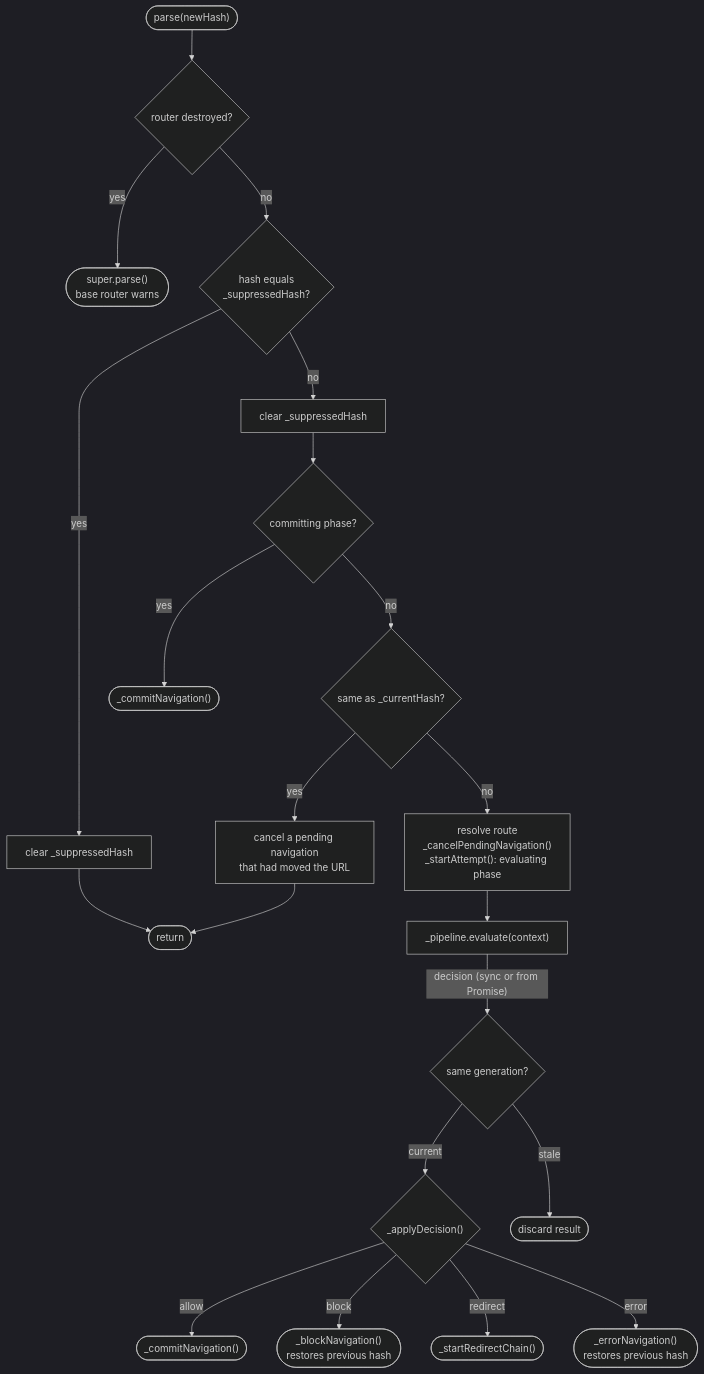
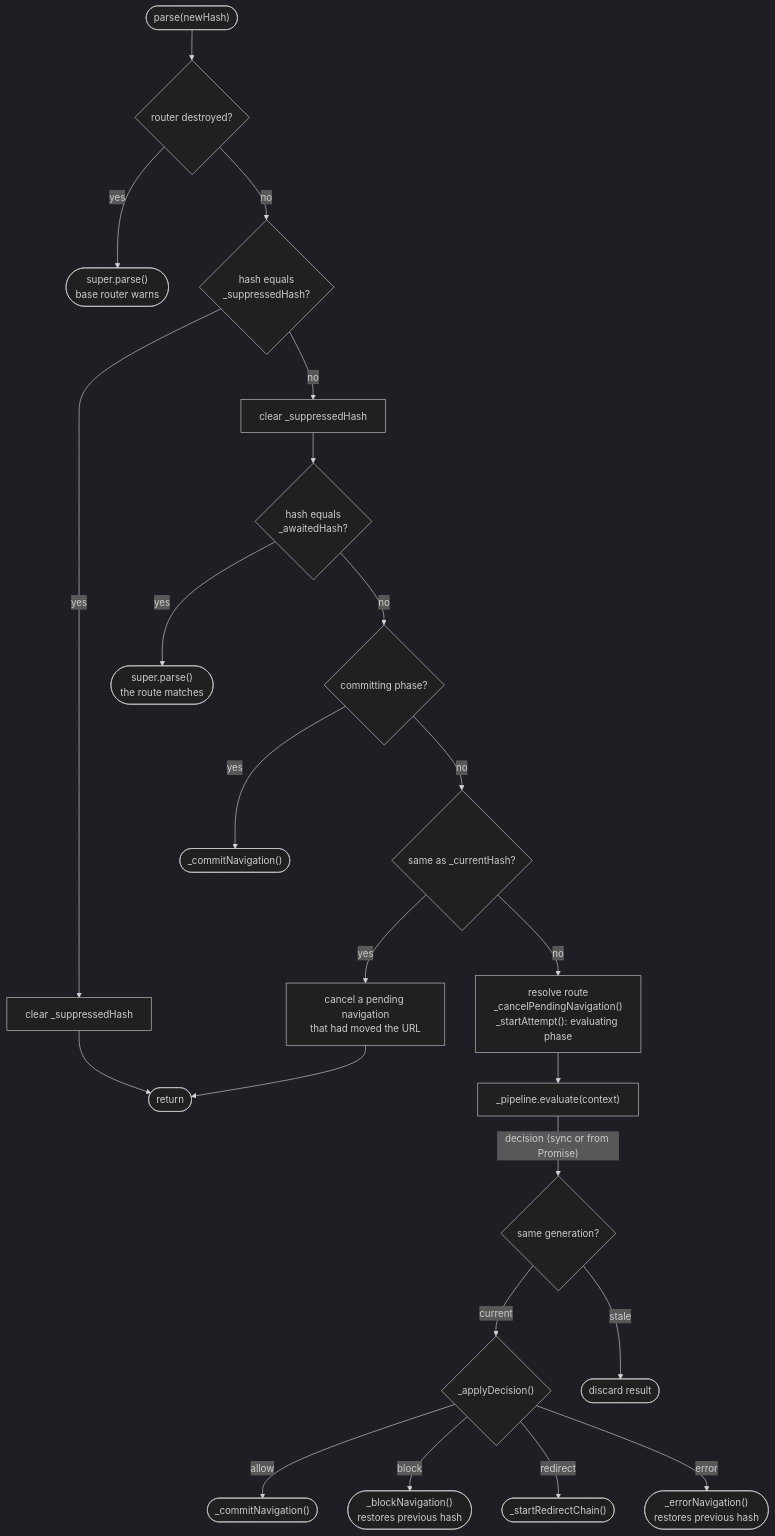
One commit to wridgeu/ui5-lib-guard-router changed the first of 4 diagrams in docs/reference/architecture.md. Above: the diagram before and after it, drawn with Mermaid (dark theme). The commit also changed other lines of this file and 23 other files, not shown here.

````diff
--- a/docs/reference/architecture.md
+++ b/docs/reference/architecture.md
@@ -186,22 +186,24 @@
 ```mermaid
 flowchart TD
     start(["parse(newHash)"]) --> destroyed{"router destroyed?"}
     destroyed -- "yes" --> warn(["super.parse()<br/>base router warns"])
     destroyed -- "no" --> suppress{"hash equals<br/>_suppressedHash?"}
     suppress -- "yes" --> sclear["clear _suppressedHash"] --> ret(["return"])
-    suppress -- "no" --> sclear2["clear _suppressedHash"] --> redir{committing phase?}
+    suppress -- "no" --> sclear2["clear _suppressedHash"] --> awaited{"hash equals<br/>_awaitedHash?"}
+    awaited -- "yes" --> match(["super.parse()<br/>the route matches"])
+    awaited -- "no" --> redir{committing phase?}
     redir -- "yes" --> bypass(["_commitNavigation()"])
     redir -- "no" --> samehash{same as _currentHash?}
     samehash -- "yes" --> canceldup["cancel a pending navigation<br/>that had moved the URL"] --> ret
     samehash -- "no" --> setup["resolve route<br/>_cancelPendingNavigation()<br/>_startAttempt(): evaluating phase"]
 
     setup --> evaluate["_pipeline.evaluate(context)"]
     evaluate -- "decision (sync or from Promise)" --> stale{"same generation?"}
     stale -- "current" --> apply{"_applyDecision()"}
     stale -- "stale" --> discard(["discard result"])
 
     apply -- "allow" --> commit(["_commitNavigation()"])
     apply -- "block" --> block(["_blockNavigation()<br/>restores previous hash"])
     apply -- "redirect" --> redirect(["_startRedirectChain()"])
     apply -- "error" --> errornav(["_errorNavigation()<br/>restores previous hash"])
 ```
````
